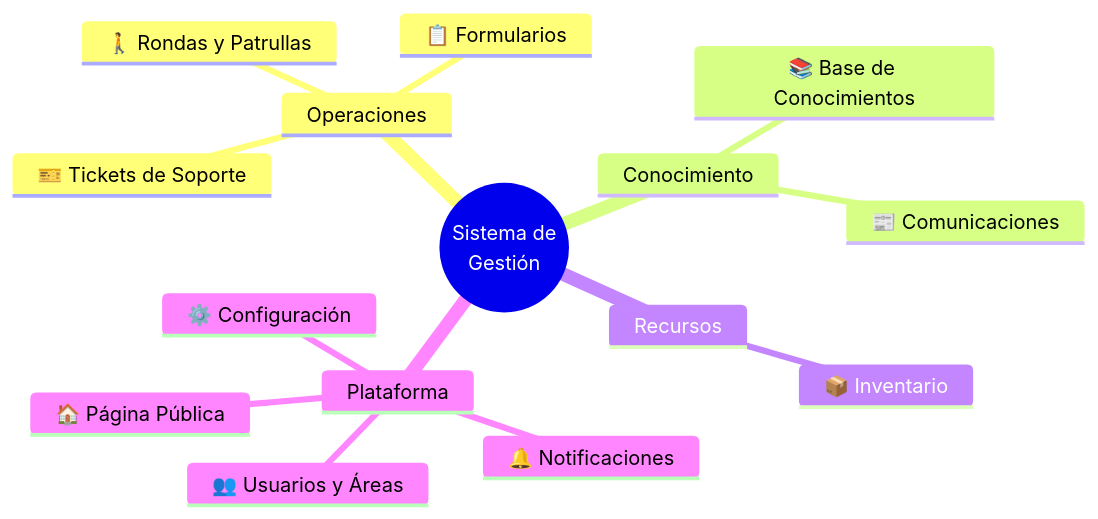
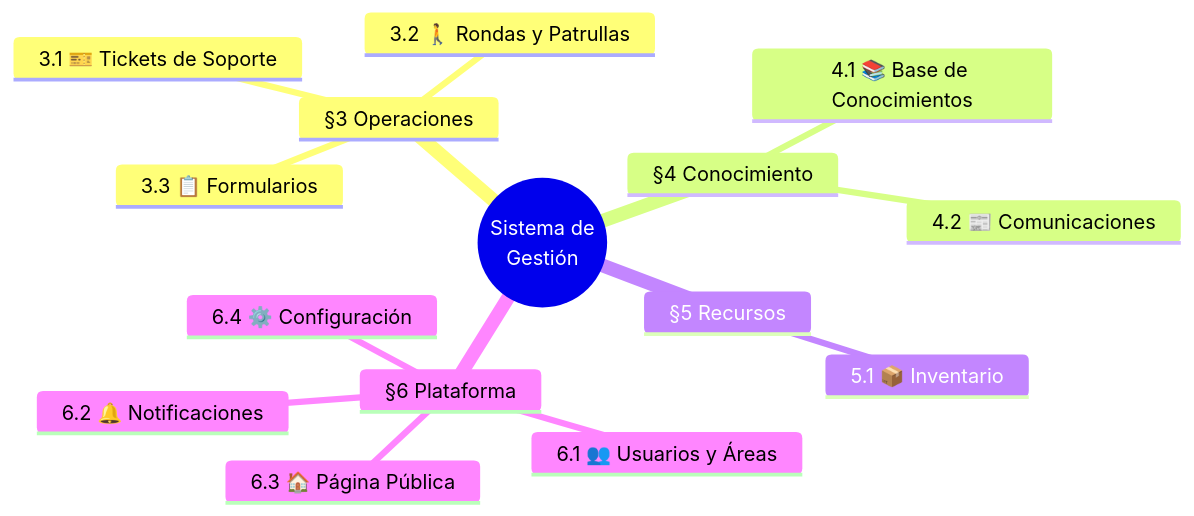
One commit to CosmeSoto/Tickets changed the first of 8 diagrams in docs/ALCANCE_DEL_PROYECTO.md. Above: the diagram before and after it, drawn with Mermaid. The commit also changed other lines of this file, not shown here.

````diff
--- a/docs/ALCANCE_DEL_PROYECTO.md
+++ b/docs/ALCANCE_DEL_PROYECTO.md
@@ -47,18 +47,18 @@
 ```mermaid
 mindmap
   root((Sistema de<br/>Gestión))
-    Operaciones
-      🎫 Tickets de Soporte
-      🚶 Rondas y Patrullas
-      📋 Formularios
-    Conocimiento
-      📚 Base de Conocimientos
-      📰 Comunicaciones
-    Recursos
-      📦 Inventario
-    Plataforma
-      👥 Usuarios y Áreas
-      🔔 Notificaciones
-      🏠 Página Pública
-      ⚙️ Configuración
+    §3 Operaciones
+      3.1 🎫 Tickets de Soporte
+      3.2 🚶 Rondas y Patrullas
+      3.3 📋 Formularios
+    §4 Conocimiento
+      4.1 📚 Base de Conocimientos
+      4.2 📰 Comunicaciones
+    §5 Recursos
+      5.1 📦 Inventario
+    §6 Plataforma
+      6.1 👥 Usuarios y Áreas
+      6.2 🔔 Notificaciones
+      6.3 🏠 Página Pública
+      6.4 ⚙️ Configuración
 ```
````
